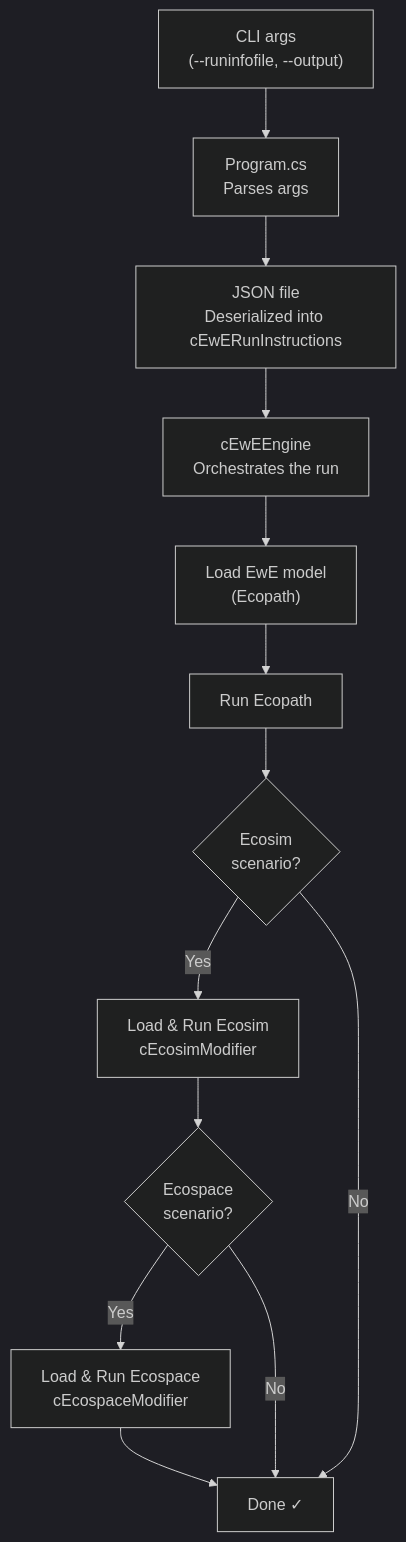
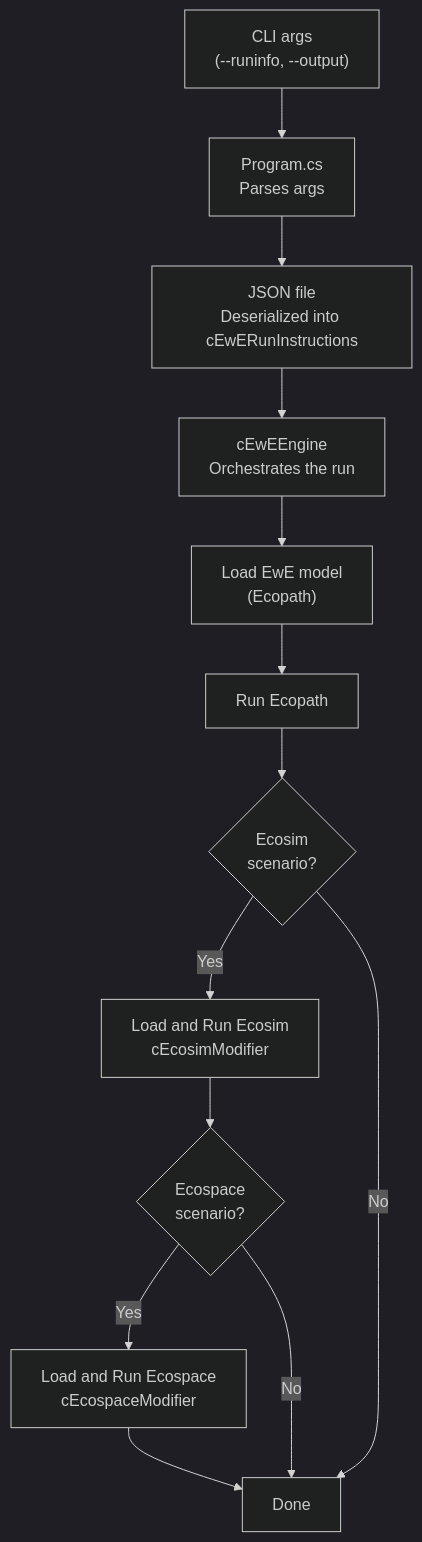
One commit to Official-EwE/Eii.Ecopath.Runner changed the first of 2 diagrams in README.md. Above: the diagram before and after it, drawn with Mermaid (dark theme). The commit also changed other lines of this file and 1019 other files, not shown here.

````diff
--- a/README.md
+++ b/README.md
@@ -27,16 +30,15 @@
 ```mermaid
 flowchart TD
-    A["CLI args\n(--runinfofile, --output)"] --> B["Program.cs\nParses args"]
+    A["CLI args\n(--runinfo, --output)"] --> B["Program.cs\nParses args"]
     B --> C["JSON file\nDeserialized into cEwERunInstructions"]
     C --> D["cEwEEngine\nOrchestrates the run"]
     D --> E["Load EwE model\n(Ecopath)"]
     E --> F["Run Ecopath"]
     F --> G{"Ecosim\nscenario?"}
-    G -- Yes --> H["Load & Run Ecosim\ncEcosimModifier"]
+    G -- Yes --> H["Load and Run Ecosim\ncEcosimModifier"]
     H --> I{"Ecospace\nscenario?"}
-    I -- Yes --> J["Load & Run Ecospace\ncEcospaceModifier"]
-    J --> K["Done ✓"]
+    I -- Yes --> J["Load and Run Ecospace\ncEcospaceModifier"]
+    J --> K["Done"]
     G -- No --> K
     I -- No --> K
-
 ```
````
